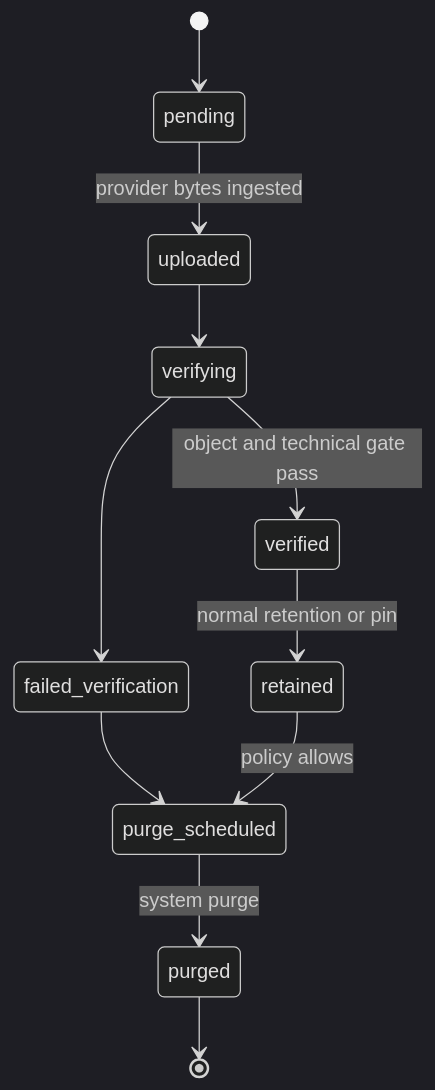
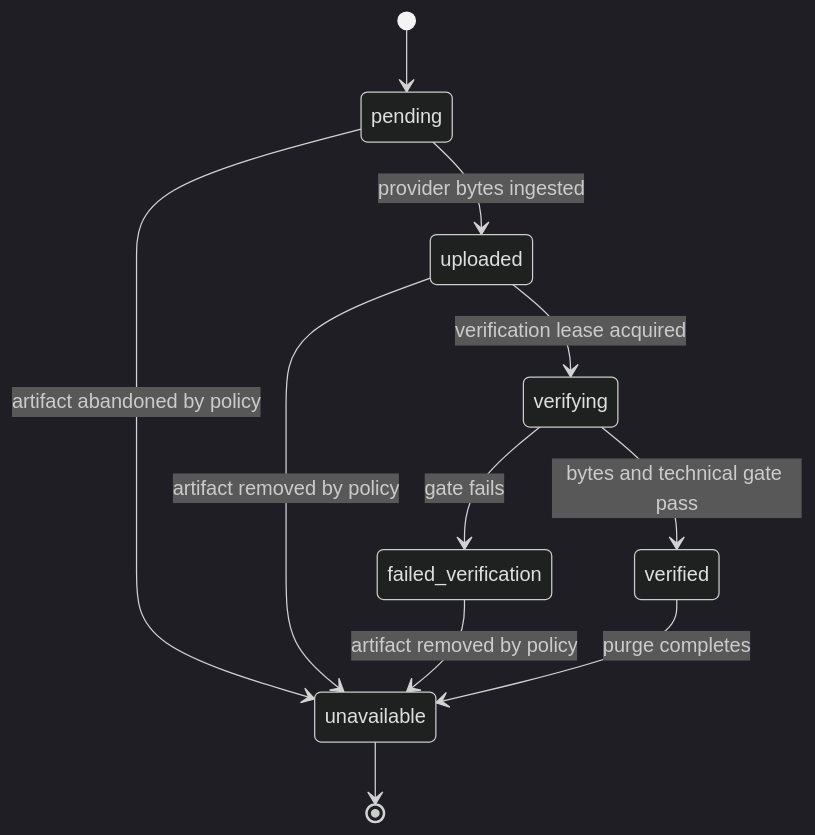
One commit to phucsd1/Oloka_Video changed the first of 2 diagrams in docs/architecture/RENDER_OUTPUT_CONTRACT.md. Above: the diagram before and after it, drawn with Mermaid (dark theme). The commit also changed other lines of this file and 21 other files, not shown here.

````diff
--- a/docs/architecture/RENDER_OUTPUT_CONTRACT.md
+++ b/docs/architecture/RENDER_OUTPUT_CONTRACT.md
@@ -9,13 +11,13 @@
 ```mermaid
 stateDiagram-v2
   [*] --> pending
   pending --> uploaded: provider bytes ingested
-  uploaded --> verifying
-  verifying --> verified: object and technical gate pass
-  verifying --> failed_verification
-  failed_verification --> purge_scheduled
-  verified --> retained: normal retention or pin
-  retained --> purge_scheduled: policy allows
-  purge_scheduled --> purged: system purge
-  purged --> [*]
+  uploaded --> verifying: verification lease acquired
+  verifying --> verified: bytes and technical gate pass
+  verifying --> failed_verification: gate fails
+  pending --> unavailable: artifact abandoned by policy
+  uploaded --> unavailable: artifact removed by policy
+  failed_verification --> unavailable: artifact removed by policy
+  verified --> unavailable: purge completes
+  unavailable --> [*]
 ```
````
